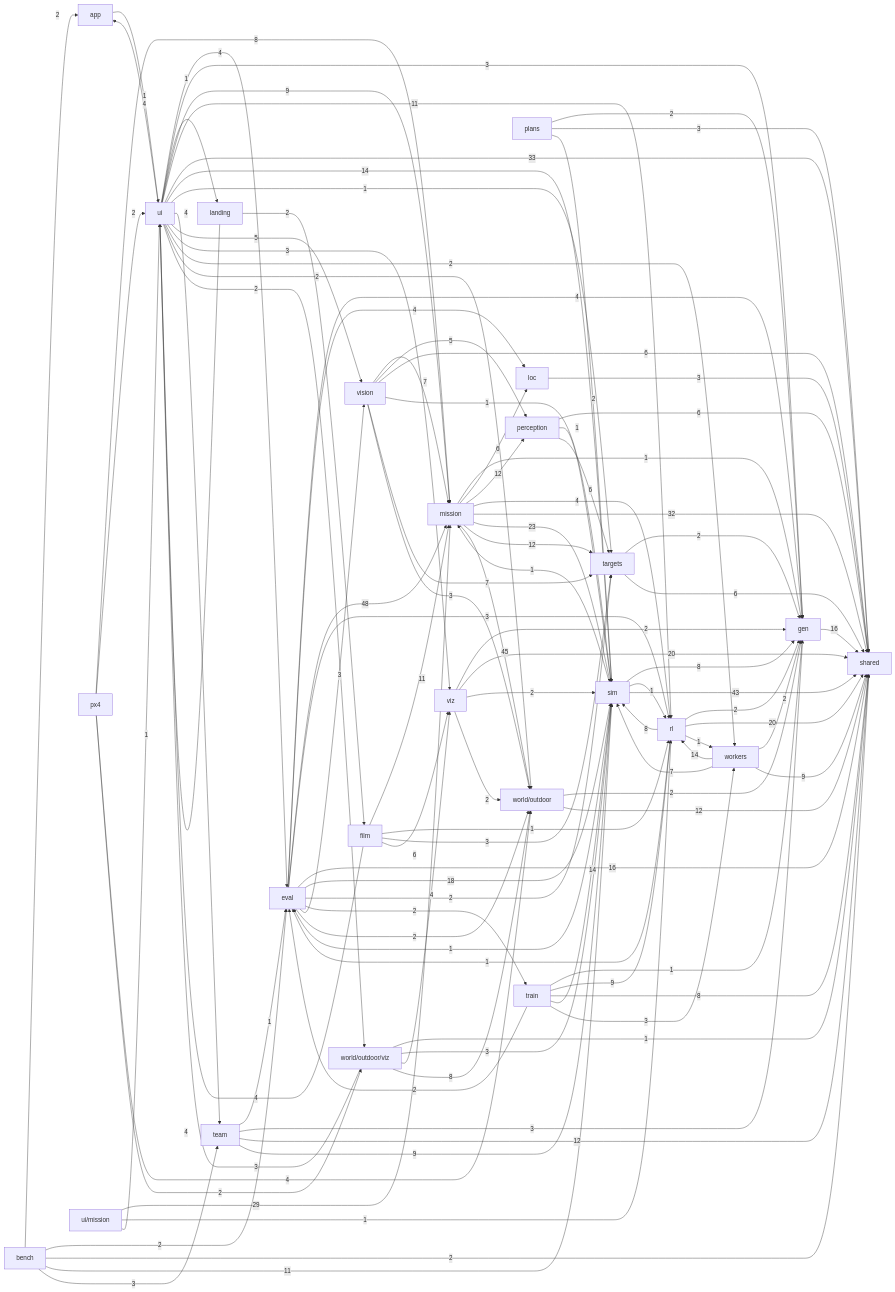
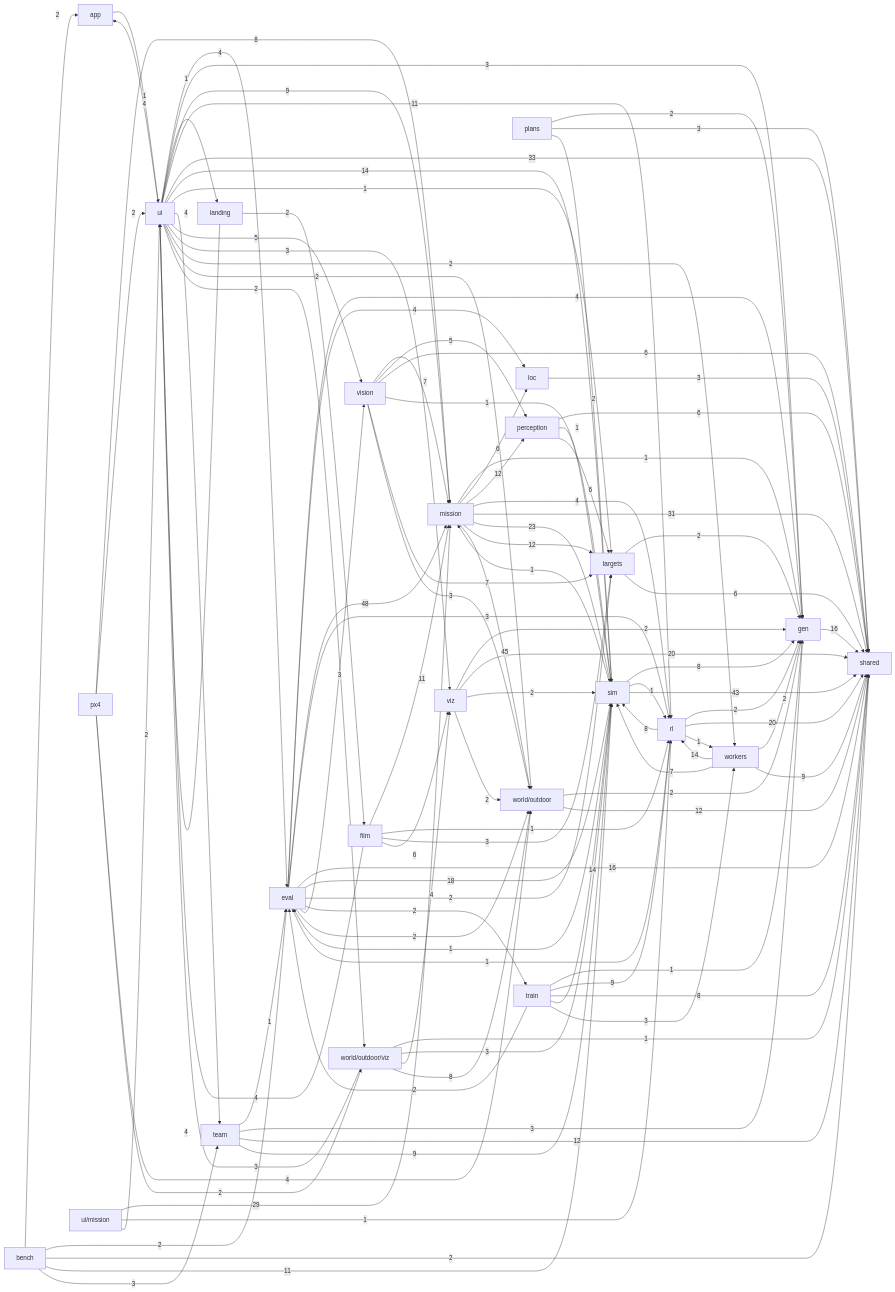
One commit to alexnieves-cs/frontier-fly changed the second of 2 diagrams in docs/ARCHITECTURE.md. Above: the diagram before and after it, drawn with Mermaid. The commit also changed other lines of this file and 3 other files, not shown here.

```diff
--- a/docs/ARCHITECTURE.md
+++ b/docs/ARCHITECTURE.md
@@ -129,7 +131,7 @@
   mission -->|6| loc
   mission -->|12| perception
   mission -->|4| rl
-  mission -->|32| shared
+  mission -->|31| shared
   mission -->|23| sim
   mission -->|12| targets
   mission -->|45| world_outdoor
@@ -167,7 +169,7 @@
   train -->|3| workers
   ui_mission -->|29| mission
   ui_mission -->|1| rl
-  ui_mission -->|1| ui
+  ui_mission -->|2| ui
   ui -->|4| app
   ui -->|4| eval
   ui -->|3| gen
```
